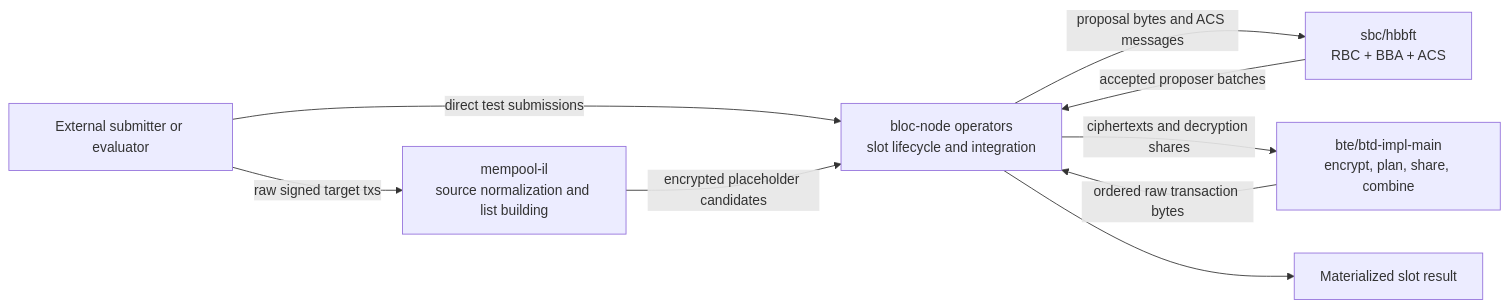
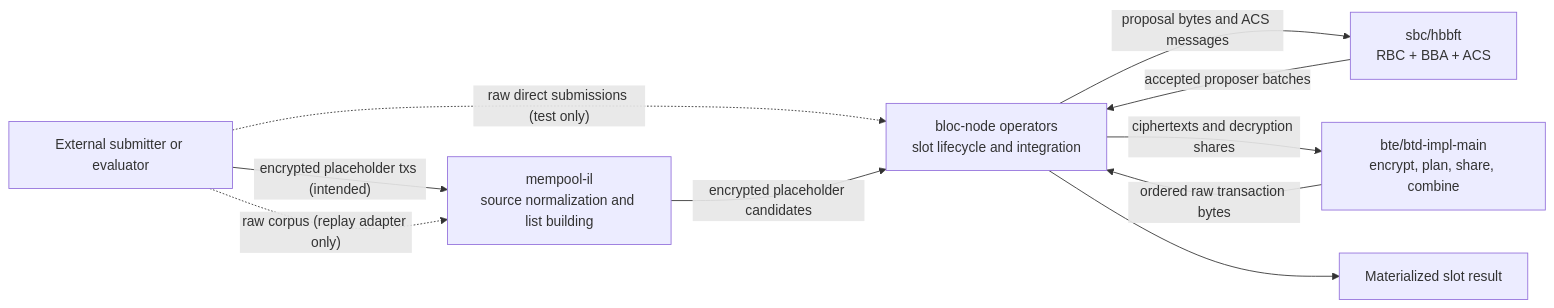
The first of 2 diagrams in docs/ARCHITECTURE.md (VascoMS/bloc), drawn with Mermaid before and after one commit. The commit also changed other lines of this file and 61 other files, not shown here.

````diff
--- a/docs/ARCHITECTURE.md
+++ b/docs/ARCHITECTURE.md
@@ -61,18 +61,19 @@
 ```mermaid
 flowchart LR
     source["External submitter or evaluator"]
     mempool["mempool-il\nsource normalization and list building"]
     nodes["bloc-node operators\nslot lifecycle and integration"]
     acs["sbc/hbbft\nRBC + BBA + ACS"]
     bte["bte/btd-impl-main\nencrypt, plan, share, combine"]
     result["Materialized slot result"]
 
-    source -->|"raw signed target txs"| mempool
-    source -->|"direct test submissions"| nodes
+    source -->|"encrypted placeholder txs (intended)"| mempool
+    source -.->|"raw corpus (replay adapter only)"| mempool
+    source -.->|"raw direct submissions (test only)"| nodes
     mempool -->|"encrypted placeholder candidates"| nodes
     nodes -->|"proposal bytes and ACS messages"| acs
     nodes -->|"ciphertexts and decryption shares"| bte
     acs -->|"accepted proposer batches"| nodes
     bte -->|"ordered raw transaction bytes"| nodes
     nodes --> result
 ```
````
